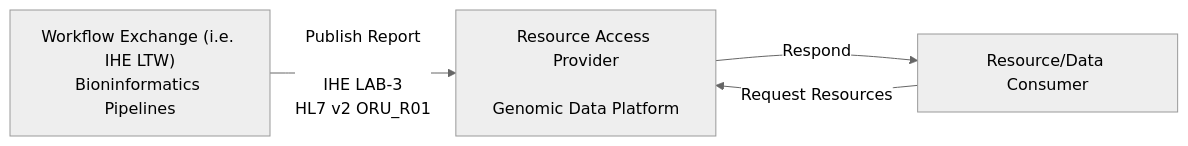
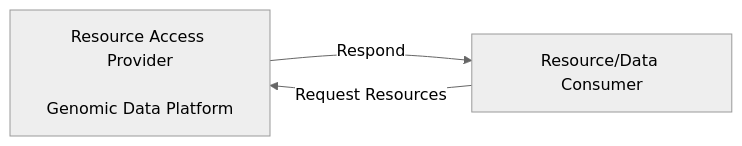
One commit to nw-gmsa/nw-gmsa.github.com changed the third of 4 diagrams in input/pagecontent/HIE.md. Above: the diagram before and after it, drawn with Mermaid (neutral theme). The commit also changed other lines of this file, not shown here.

````diff
--- a/input/pagecontent/HIE.md
+++ b/input/pagecontent/HIE.md
@@ -86,11 +93,9 @@
 ```mermaid
 graph LR
 
-  publisher["Workflow Exchange (i.e. IHE LTW)<br/>Bioninformatics Pipelines"]
   provider[Resource Access Provider<br/><br/>Genomic Data Platform]
   consumer[Resource/Data Consumer]
 
-  publisher --> |Publish Report<br/><br/>IHE LAB-3<br/>HL7 v2 ORU_R01| provider
   consumer --> |Request Resources| provider
   provider --> |Respond| consumer
 ```
````
